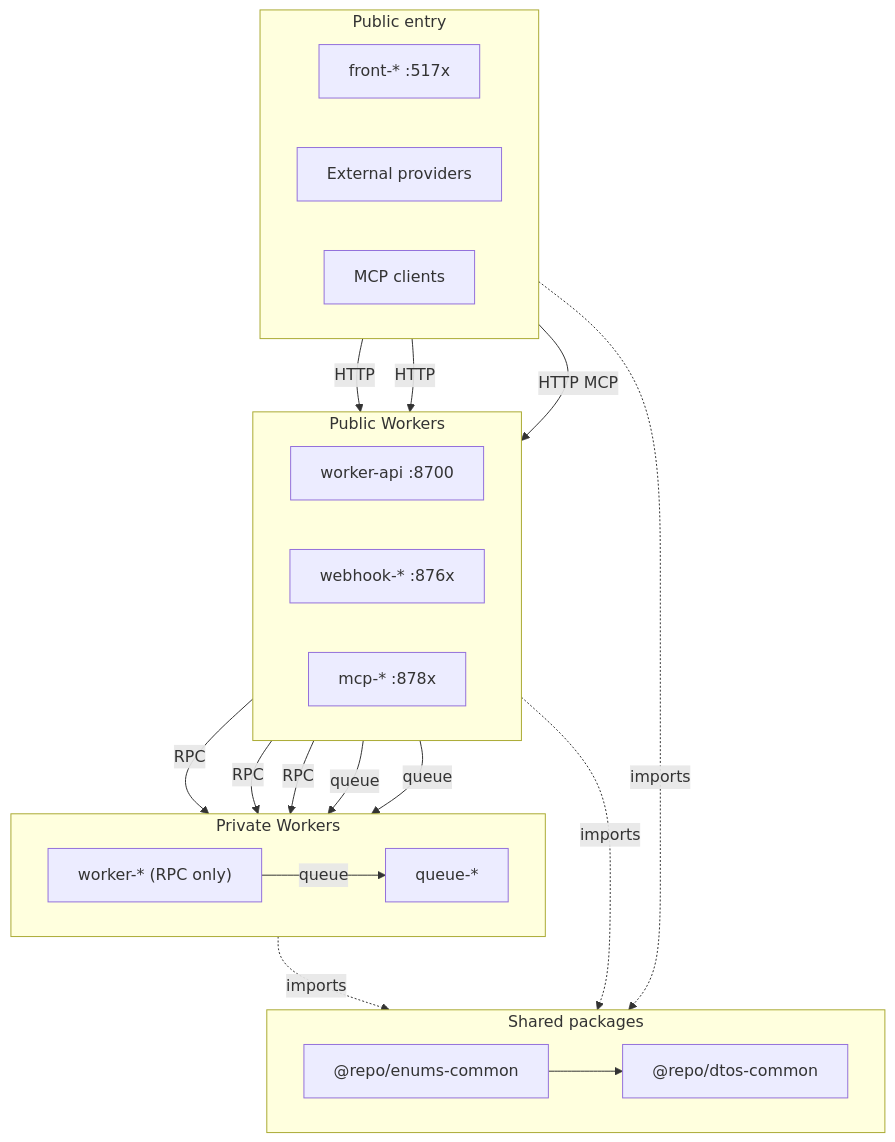
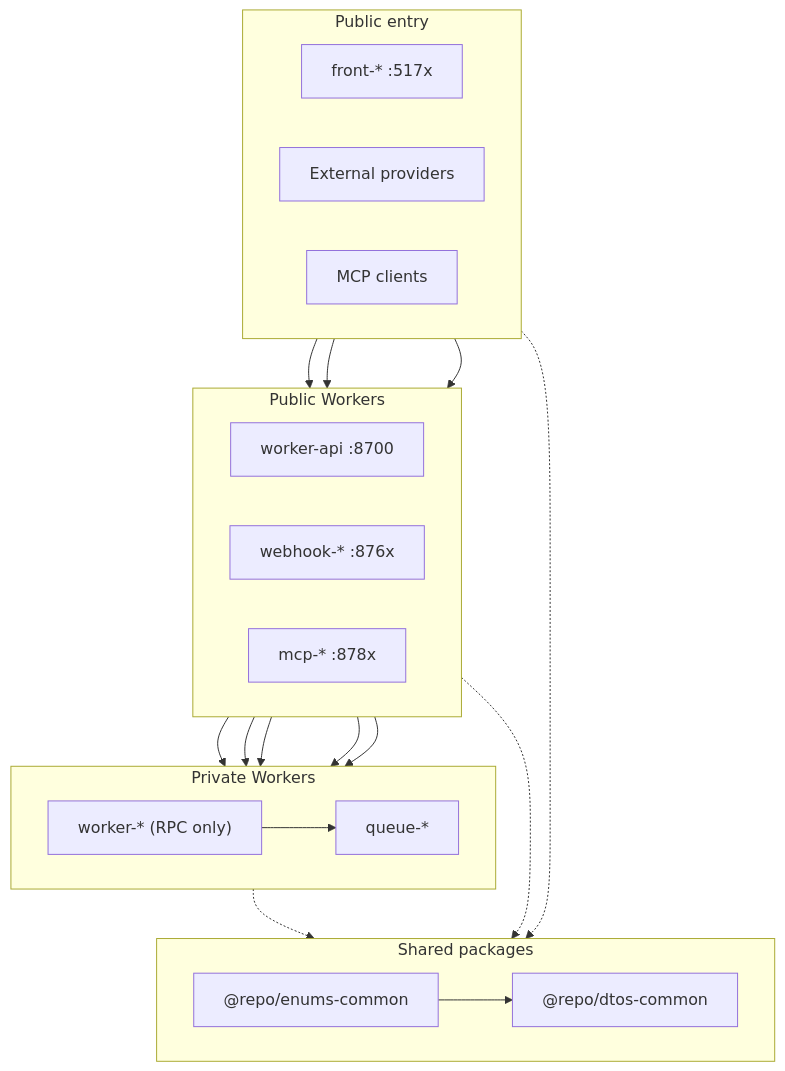
The first of 2 diagrams in README.md (louisbrulenaudet/monorepo-template), drawn with Mermaid before and after one commit. The commit also changed other lines of this file and 18 other files, not shown here.

````diff
--- a/README.md
+++ b/README.md
@@ -35,45 +38,45 @@
 ```mermaid
 flowchart TB
   subgraph entry [Public entry]
     direction LR
     Front["front-* :517x"]
     Ext["External providers"]
     McpClients["MCP clients"]
   end
 
   subgraph publicWorkers [Public Workers]
     direction LR
     Gateway["worker-api :8700"]
     Webhook["webhook-* :876x"]
     Mcp["mcp-* :878x"]
   end
 
   subgraph privateWorkers [Private Workers]
     direction LR
     Biz["worker-* (RPC only)"]
     Queue["queue-*"]
   end
 
   subgraph shared [Shared packages]
     direction LR
     Enums["@repo/enums-common"]
     DTOs["@repo/dtos-common"]
     Enums --> DTOs
   end
 
-  Front -->|HTTP| Gateway
-  Ext -->|HTTP| Webhook
-  McpClients -->|HTTP MCP| Mcp
+  Front --> Gateway
+  Ext --> Webhook
+  McpClients --> Mcp
 
-  Gateway -->|RPC| Biz
-  Webhook -->|RPC| Biz
-  Mcp -->|RPC| Biz
+  Gateway --> Biz
+  Webhook --> Biz
+  Mcp --> Biz
 
-  Gateway -->|queue| Queue
-  Webhook -->|queue| Queue
-  Biz -->|queue| Queue
+  Gateway --> Queue
+  Webhook --> Queue
+  Biz --> Queue
 
-  Front -.->|imports| shared
-  publicWorkers -.->|imports| shared
-  privateWorkers -.->|imports| shared
+  Front -.-> shared
+  publicWorkers -.-> shared
+  privateWorkers -.-> shared
 ```
````
